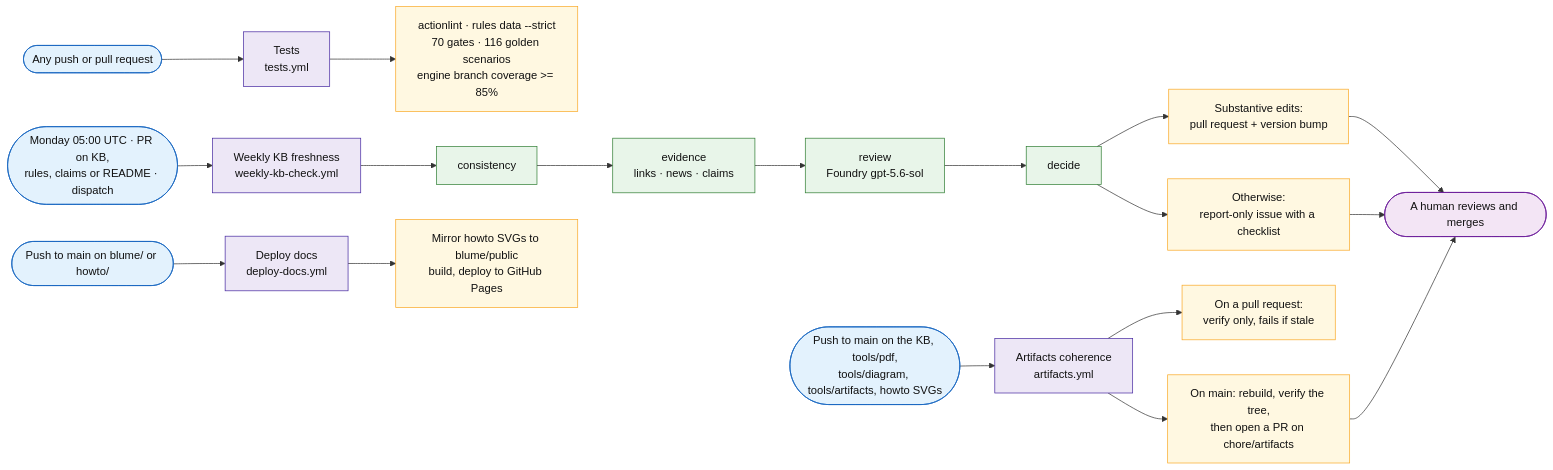
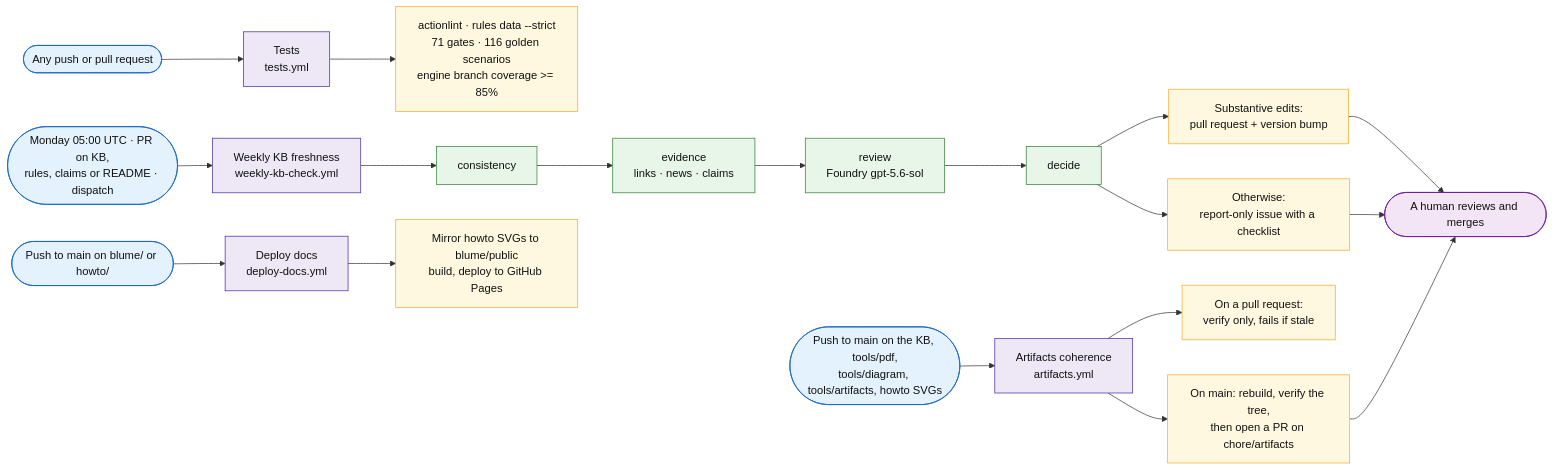
One commit to fredgis/sql-migration-advisor changed the sixth of 6 diagrams in docs/sql-migration-advisor-developer-pitch.md. Above: the diagram before and after it, drawn with Mermaid. The commit also changed 11 other files, not shown here.

````diff
--- a/docs/sql-migration-advisor-developer-pitch.md
+++ b/docs/sql-migration-advisor-developer-pitch.md
@@ -991,33 +991,33 @@
 ```mermaid
 flowchart LR
     G1([Any push or pull request]) --> W1[Tests<br/>tests.yml]
     G2([Monday 05:00 UTC · PR on KB,<br/>rules, claims or README · dispatch]) --> W2[Weekly KB freshness<br/>weekly-kb-check.yml]
     G3([Push to main on the KB, tools/pdf,<br/>tools/diagram, tools/artifacts, howto SVGs]) --> W3[Artifacts coherence<br/>artifacts.yml]
     G4([Push to main on blume/ or howto/]) --> W4[Deploy docs<br/>deploy-docs.yml]
 
-    W1 --> O1[actionlint · rules data --strict<br/>70 gates · 116 golden scenarios<br/>engine branch coverage >= 85%]
+    W1 --> O1[actionlint · rules data --strict<br/>71 gates · 116 golden scenarios<br/>engine branch coverage >= 85%]
 
     W2 --> C1[consistency] --> C2[evidence<br/>links · news · claims] --> C3[review<br/>Foundry gpt-5.6-sol] --> C4[decide]
     C4 --> O2a[Substantive edits:<br/>pull request + version bump]
     C4 --> O2b[Otherwise:<br/>report-only issue with a checklist]
 
     W3 --> O3a[On a pull request:<br/>verify only, fails if stale]
     W3 --> O3b[On main: rebuild, verify the tree,<br/>then open a PR on chore/artifacts]
 
     W4 --> O4[Mirror howto SVGs to blume/public<br/>build, deploy to GitHub Pages]
 
     O2a --> H([A human reviews and merges])
     O2b --> H
     O3b --> H
 
     classDef trig fill:#e3f2fd,stroke:#1565c0,color:#111
     classDef flow fill:#ede7f6,stroke:#4527a0,color:#111
     classDef step fill:#e8f5e9,stroke:#2e7d32,color:#111
     classDef out fill:#fff8e1,stroke:#f9a825,color:#111
     classDef human fill:#f3e5f5,stroke:#6a1b9a,color:#111
     class G1,G2,G3,G4 trig
     class W1,W2,W3,W4 flow
     class C1,C2,C3,C4 step
     class O1,O2a,O2b,O3a,O3b,O4 out
     class H human
 ```
````
